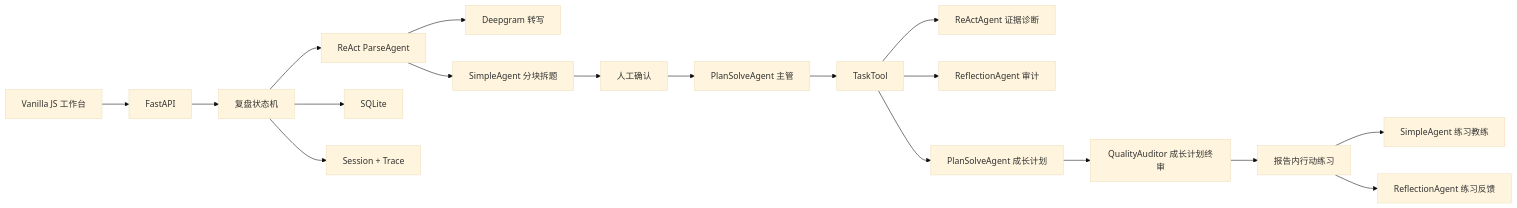
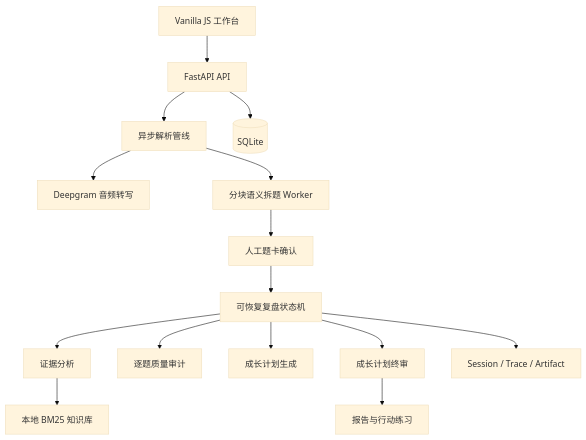
Before and after one commit to HAPPYY2003/interview-review-assistant: the second of 2 diagrams in README.md, drawn with Mermaid (base theme). The commit also changed other lines of this file and 84 other files, not shown here.

````diff
--- a/README.md
+++ b/README.md
@@ -29,20 +147,17 @@
 ```mermaid
-flowchart LR
-    UI["Vanilla JS 工作台"] --> API["FastAPI"]
-    API --> WF["复盘状态机"]
-    WF --> PA["ReAct ParseAgent"]
-    PA --> DG["Deepgram 转写"]
-    PA --> WK["SimpleAgent 分块拆题"]
-    WK --> HITL["人工确认"]
-    HITL --> SP["PlanSolveAgent 主管"]
-    SP --> TT["TaskTool"]
-    TT --> RA["ReActAgent 证据诊断"]
-    TT --> RF["ReflectionAgent 审计"]
-    TT --> GP["PlanSolveAgent 成长计划"]
-    GP --> GA["QualityAuditor 成长计划终审"]
-    GA --> AP["报告内行动练习"]
-    AP --> PC["SimpleAgent 练习教练"]
-    AP --> PR["ReflectionAgent 练习反馈"]
-    WF --> DB["SQLite"]
-    WF --> TRACE["Session + Trace"]
+flowchart TD
+    UI[Vanilla JS 工作台] --> API[FastAPI API]
+    API --> PARSE[异步解析管线]
+    PARSE --> ASR[Deepgram 音频转写]
+    PARSE --> WORKERS[分块语义拆题 Worker]
+    WORKERS --> HITL[人工题卡确认]
+    HITL --> WF[可恢复复盘状态机]
+    WF --> EVIDENCE[证据分析]
+    WF --> AUDIT[逐题质量审计]
+    WF --> GROWTH[成长计划生成]
+    WF --> FINAL_AUDIT[成长计划终审]
+    FINAL_AUDIT --> REPORT[报告与行动练习]
+    API --> DB[(SQLite)]
+    WF --> TRACE[Session / Trace / Artifact]
+    EVIDENCE --> KB[本地 BM25 知识库]
 ```
````
